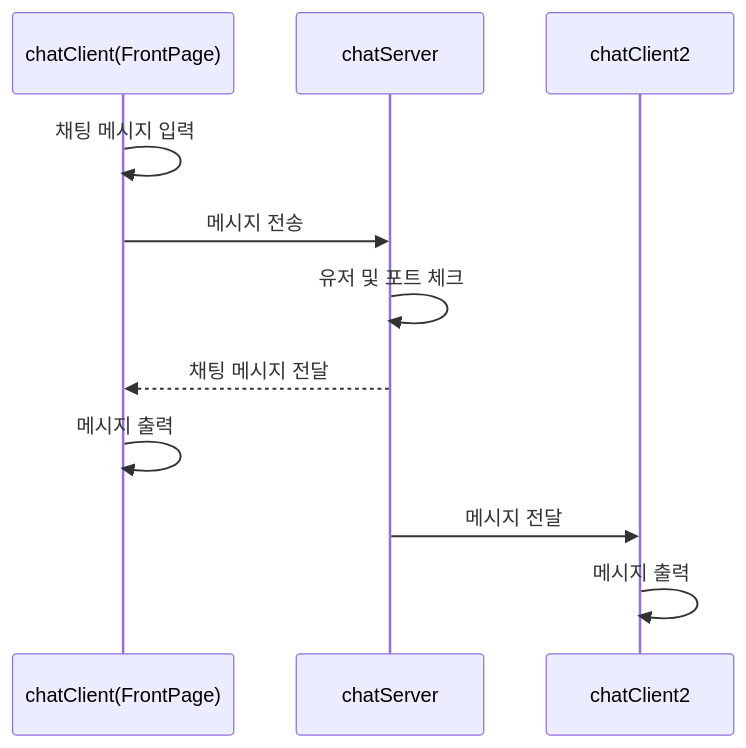
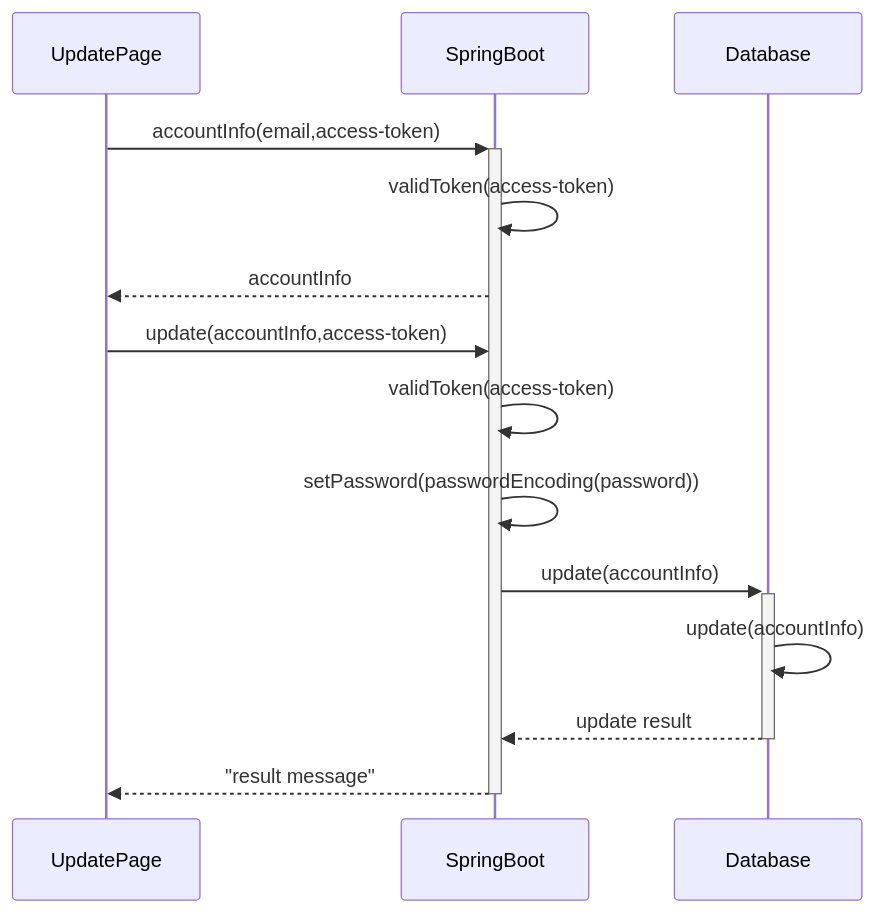
The third of 10 diagrams in documents/Truffle_SequenceDiagram.md (reverse-wisdom/Truffle), drawn with Mermaid before and after one commit. The commit also changed other lines of this file, not shown here.

Commit message:
Update 시퀀스다이어그램 수정

````diff
--- a/documents/Truffle_SequenceDiagram.md
+++ b/documents/Truffle_SequenceDiagram.md
@@ -120,12 +43,14 @@
 ```mermaid
 sequenceDiagram
 
-chatClient(FrontPage) ->> chatClient(FrontPage): 채팅 메시지 입력
-chatClient(FrontPage) ->> chatServer : 메시지 전송
-chatServer ->> chatServer : 유저 및 포트 체크
-chatServer -->> chatClient(FrontPage) : 채팅 메시지 전달
-chatClient(FrontPage) ->> chatClient(FrontPage) : 메시지 출력
-chatServer ->> chatClient2 : 메시지 전달
-chatClient2 ->> chatClient2 : 메시지 출력
-
+UpdatePage->>+SpringBoot:accountInfo(email,access-token)
+SpringBoot->>SpringBoot:validToken(access-token)
+SpringBoot-->>UpdatePage:accountInfo
+UpdatePage->>SpringBoot:update(accountInfo,access-token)
+SpringBoot->>SpringBoot:validToken(access-token)
+SpringBoot->>SpringBoot:setPassword(passwordEncoding(password))
+SpringBoot->>+Database:update(accountInfo)
+Database->>Database:update(accountInfo)
+Database-->>-SpringBoot:update result
+SpringBoot-->>-UpdatePage:"result message"
 ```
````
